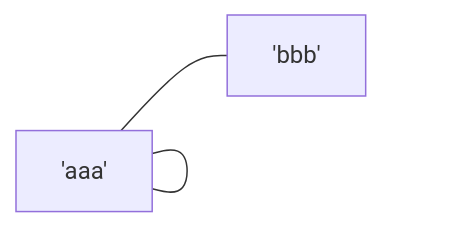
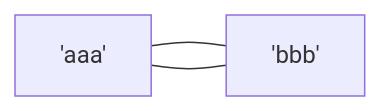
One commit to sdgixfg/iodraw-files changed the diagram in all/未命名-2.md. Above: the diagram before and after it, drawn with Mermaid.

Commit message:
2025-05-24 13:42:41 update

````diff
--- a/all/未命名-2.md
+++ b/all/未命名-2.md
@@ -1,5 +1,5 @@
 ```mermaid
 flowchart LR
     A['aaa'] --- B['bbb']
-    A --- A
+    B --- A
 ```
````
